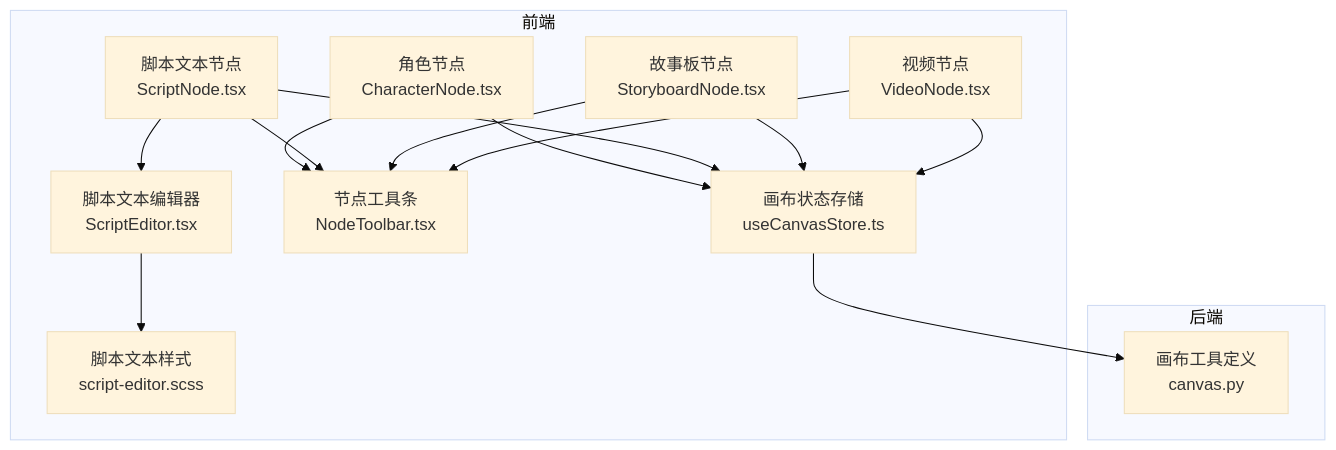
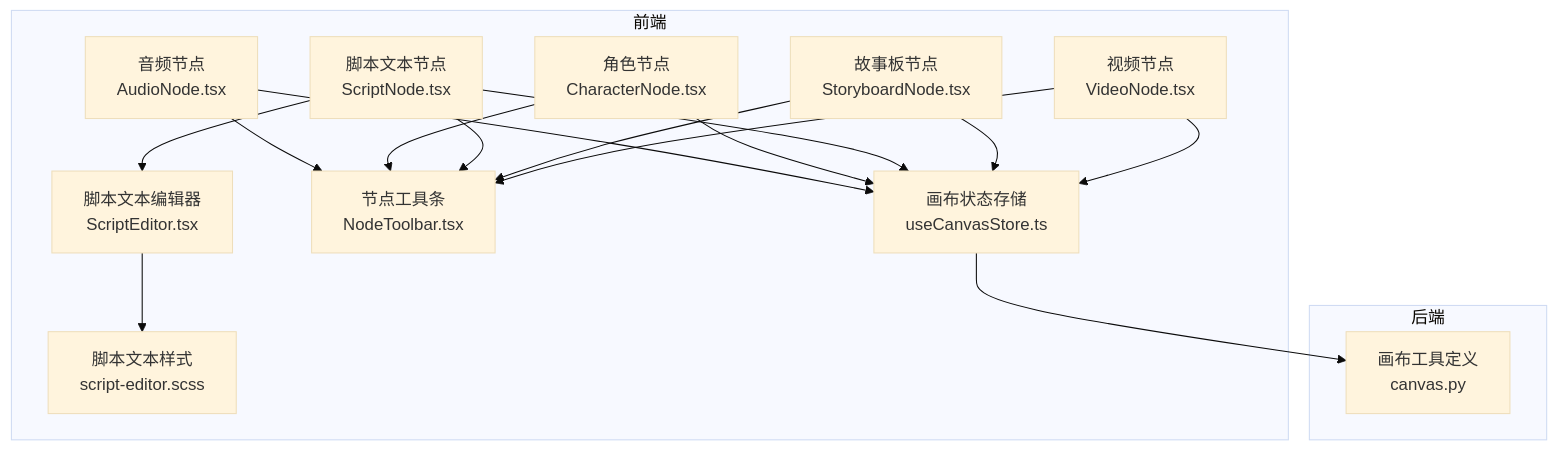
The first of 6 diagrams in .qoder/repowiki/zh/content/前端组件系统/画布编辑器/节点类型.md (KunLabAI/KunFlix), drawn with Mermaid (base theme) before and after one commit. The commit also changed other lines of this file and 37 other files, not shown here.

````diff
--- a/.qoder/repowiki/zh/content/前端组件系统/画布编辑器/节点类型.md
+++ b/.qoder/repowiki/zh/content/前端组件系统/画布编辑器/节点类型.md
@@ -38,27 +39,30 @@
 ```mermaid
 graph TB
 subgraph "前端"
+AN["音频节点<br/>AudioNode.tsx"]
 CN["角色节点<br/>CharacterNode.tsx"]
 SN["脚本文本节点<br/>ScriptNode.tsx"]
 SB["故事板节点<br/>StoryboardNode.tsx"]
 VN["视频节点<br/>VideoNode.tsx"]
 SE["脚本文本编辑器<br/>ScriptEditor.tsx"]
 NT["节点工具条<br/>NodeToolbar.tsx"]
 CS["画布状态存储<br/>useCanvasStore.ts"]
 SCSS["脚本文本样式<br/>script-editor.scss"]
 end
 subgraph "后端"
 CP["画布工具定义<br/>canvas.py"]
 end
+AN --> CS
 CN --> CS
 SN --> CS
 SB --> CS
 VN --> CS
 SN --> SE
+AN --> NT
 CN --> NT
 SN --> NT
 SB --> NT
 VN --> NT
 SE --> SCSS
 CS --> CP
 ```
````
